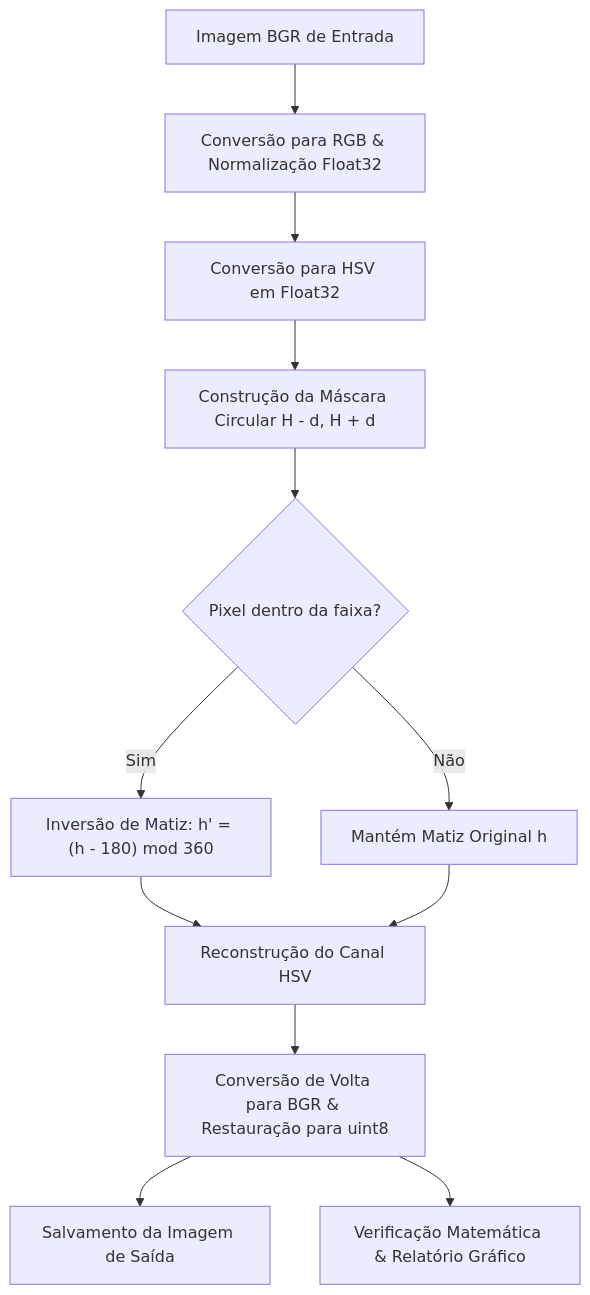
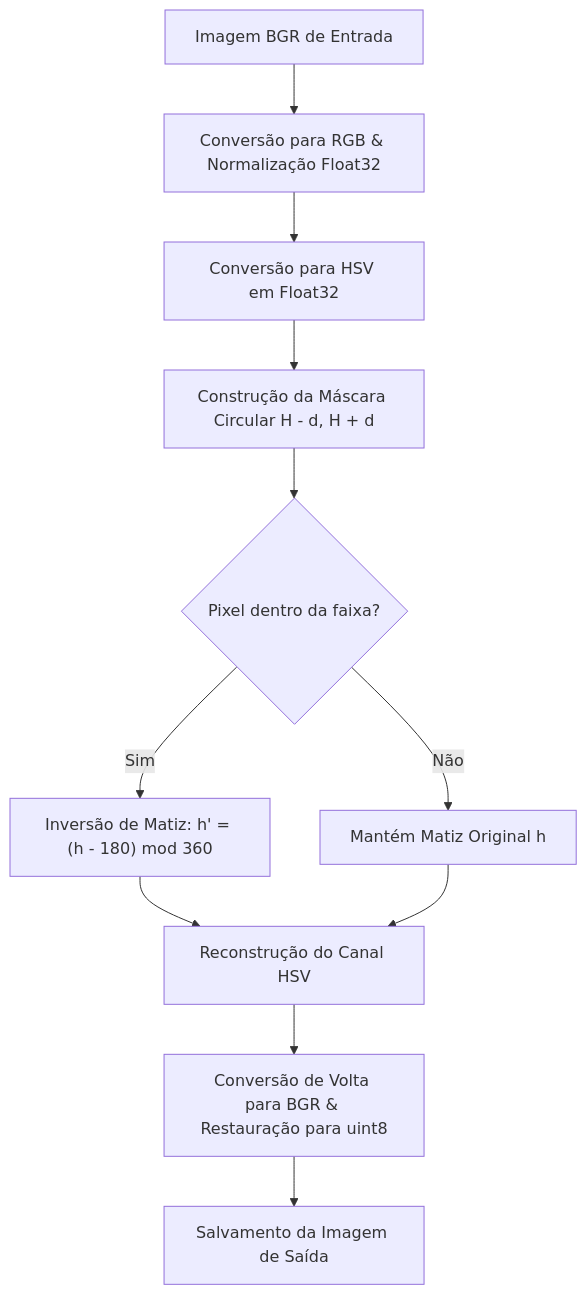
One commit to thiagocalvi/hsv-matiz-inversion changed the diagram in README.md. Above: the diagram before and after it, drawn with Mermaid. The commit also changed other lines of this file and 11 other files, not shown here.

````diff
--- a/README.md
+++ b/README.md
@@ -11,14 +11,13 @@
 ```mermaid
 graph TD
     A[Imagem BGR de Entrada] --> B[Conversão para RGB & Normalização Float32]
     B --> C[Conversão para HSV em Float32]
     C --> D[Construção da Máscara Circular H - d, H + d]
     D --> E{Pixel dentro da faixa?}
     E -- Sim --> F["Inversão de Matiz: h' = (h - 180) mod 360"]
     E -- Não --> G[Mantém Matiz Original h]
     F --> H[Reconstrução do Canal HSV]
     G --> H
     H --> I[Conversão de Volta para BGR & Restauração para uint8]
     I --> J[Salvamento da Imagem de Saída]
-    I --> K[Verificação Matemática & Relatório Gráfico]
 ```
````
